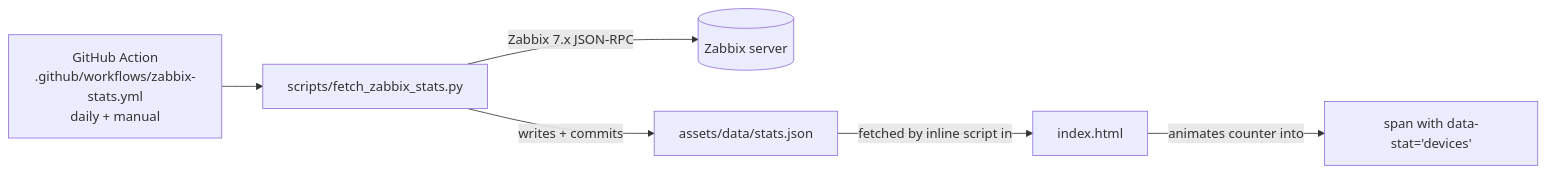
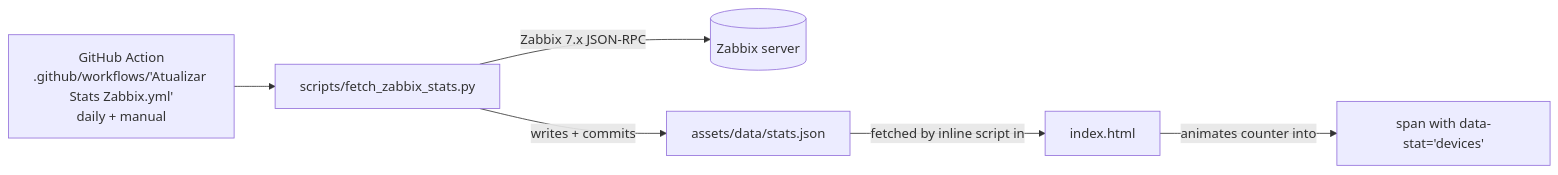
One commit to andrelcezar/glctech changed the fifth of 5 diagrams in docs/ARCHITECTURE.md. Above: the diagram before and after it, drawn with Mermaid. The commit also changed other lines of this file and 8 other files, not shown here.

First line of the commit message:
docs: accurate README + SITE_ARCHITECTURE, fix stale references, remove dead i18n files (#9)

````diff
--- a/docs/ARCHITECTURE.md
+++ b/docs/ARCHITECTURE.md
@@ -318,8 +318,8 @@
 ```mermaid
 flowchart LR
-    CRON[GitHub Action<br/>.github/workflows/zabbix-stats.yml<br/>daily + manual] --> PY[scripts/fetch_zabbix_stats.py]
+    CRON[GitHub Action<br/>.github/workflows/'Atualizar Stats Zabbix.yml'<br/>daily + manual] --> PY[scripts/fetch_zabbix_stats.py]
     PY -->|Zabbix 7.x JSON-RPC| ZBX[(Zabbix server)]
     PY -->|writes + commits| JSON[assets/data/stats.json]
     JSON -->|fetched by inline script in| IDX[index.html]
     IDX -->|animates counter into| EL["span with data-stat='devices'"]
 ```
````
